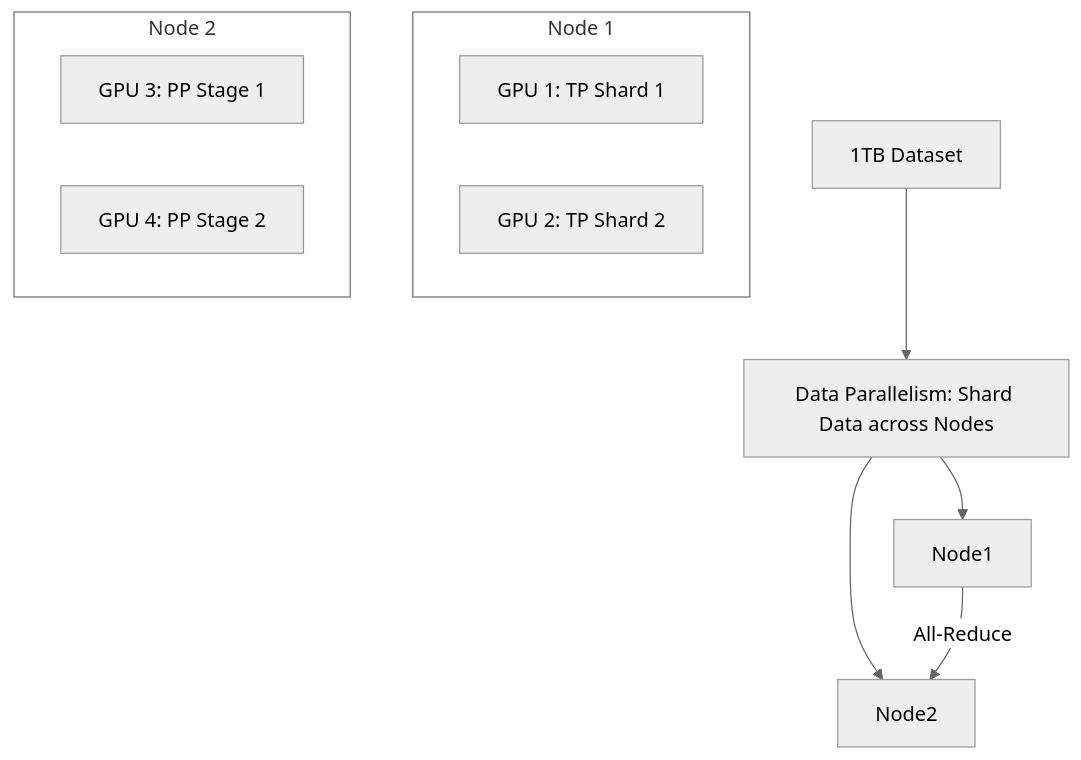
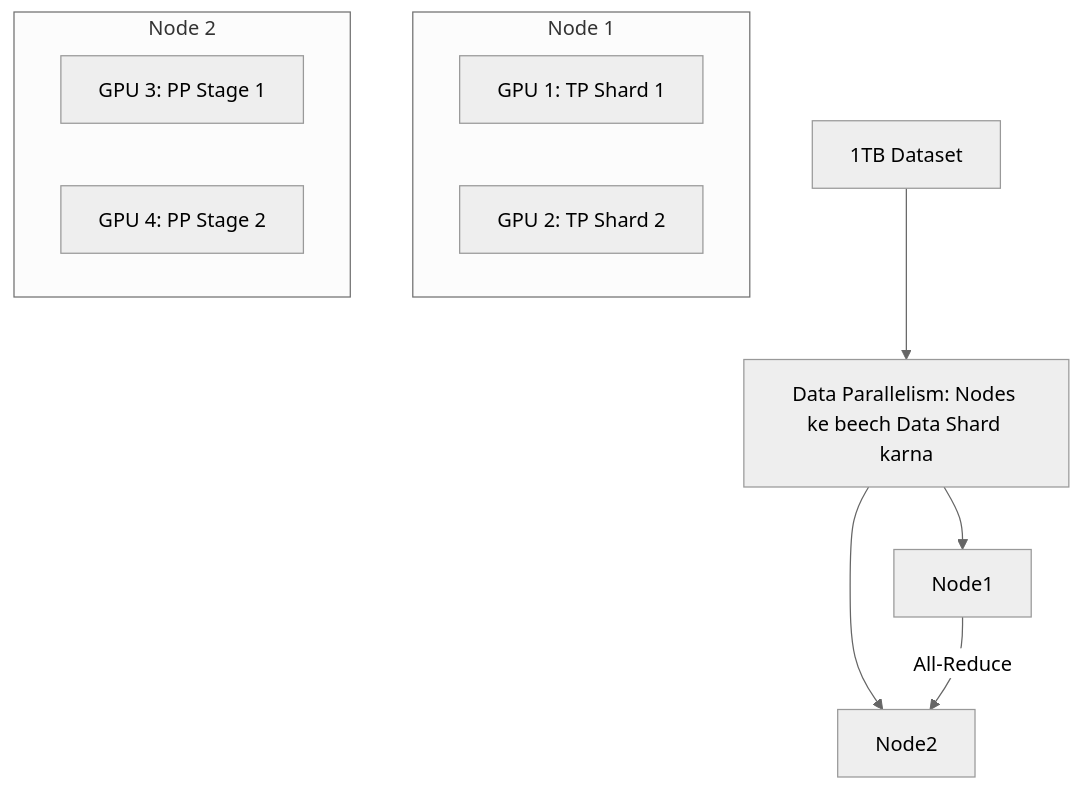
One commit to Sameer-Malik20/SusaGPT-Build-LLM-From-Scratch-With-Hinglish-Learning-Material changed the diagram in docs/ai_foundations_and_ops/15_Cloud_and_Distributed_AI/Distributed_Training_Deep_Dive.md. Above: the diagram before and after it, drawn with Mermaid (neutral theme). The commit also changed other lines of this file and 131 other files, not shown here.

````diff
--- a/docs/ai_foundations_and_ops/15_Cloud_and_Distributed_AI/Distributed_Training_Deep_Dive.md
+++ b/docs/ai_foundations_and_ops/15_Cloud_and_Distributed_AI/Distributed_Training_Deep_Dive.md
@@ -70,18 +70,18 @@
 ```mermaid
 graph TD
     subgraph "Node 1"
     G1[GPU 1: TP Shard 1]
     G2[GPU 2: TP Shard 2]
     end
     
     subgraph "Node 2"
     G3[GPU 3: PP Stage 1]
     G4[GPU 4: PP Stage 2]
     end
     
-    Data[1TB Dataset] --> DP[Data Parallelism: Shard Data across Nodes]
+    Data[1TB Dataset] --> DP[Data Parallelism: Nodes ke beech Data Shard karna]
     DP --> Node1
     DP --> Node2
     
     Node1 -- "All-Reduce" --> Node2
 ```
````
